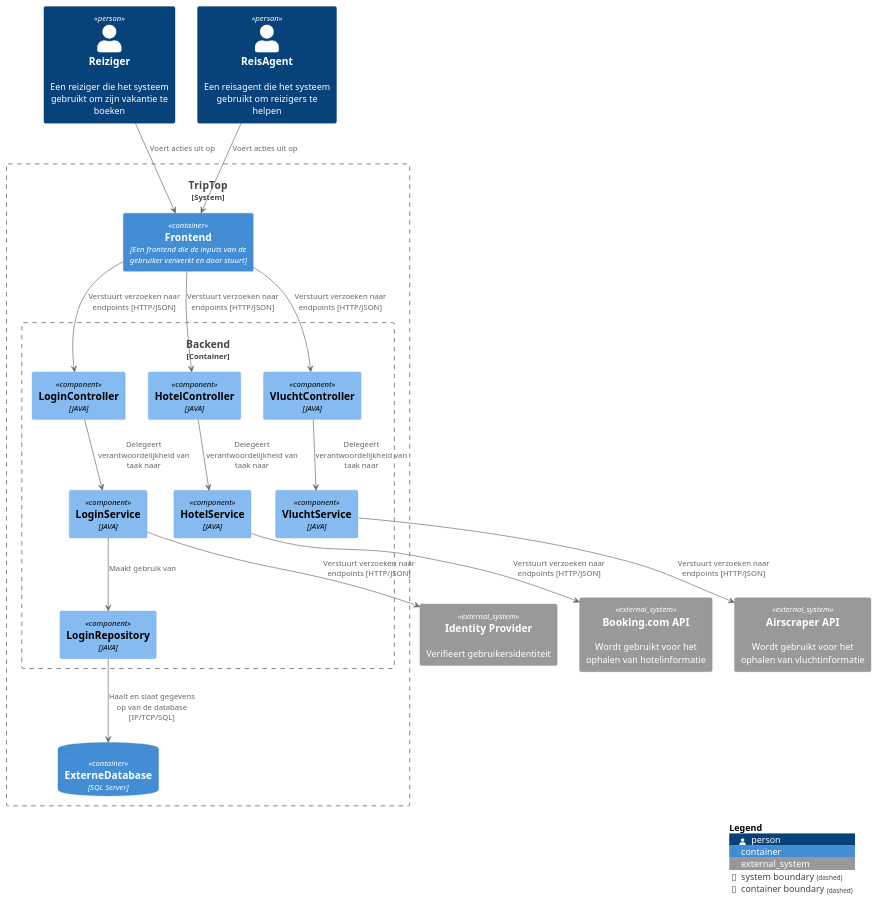
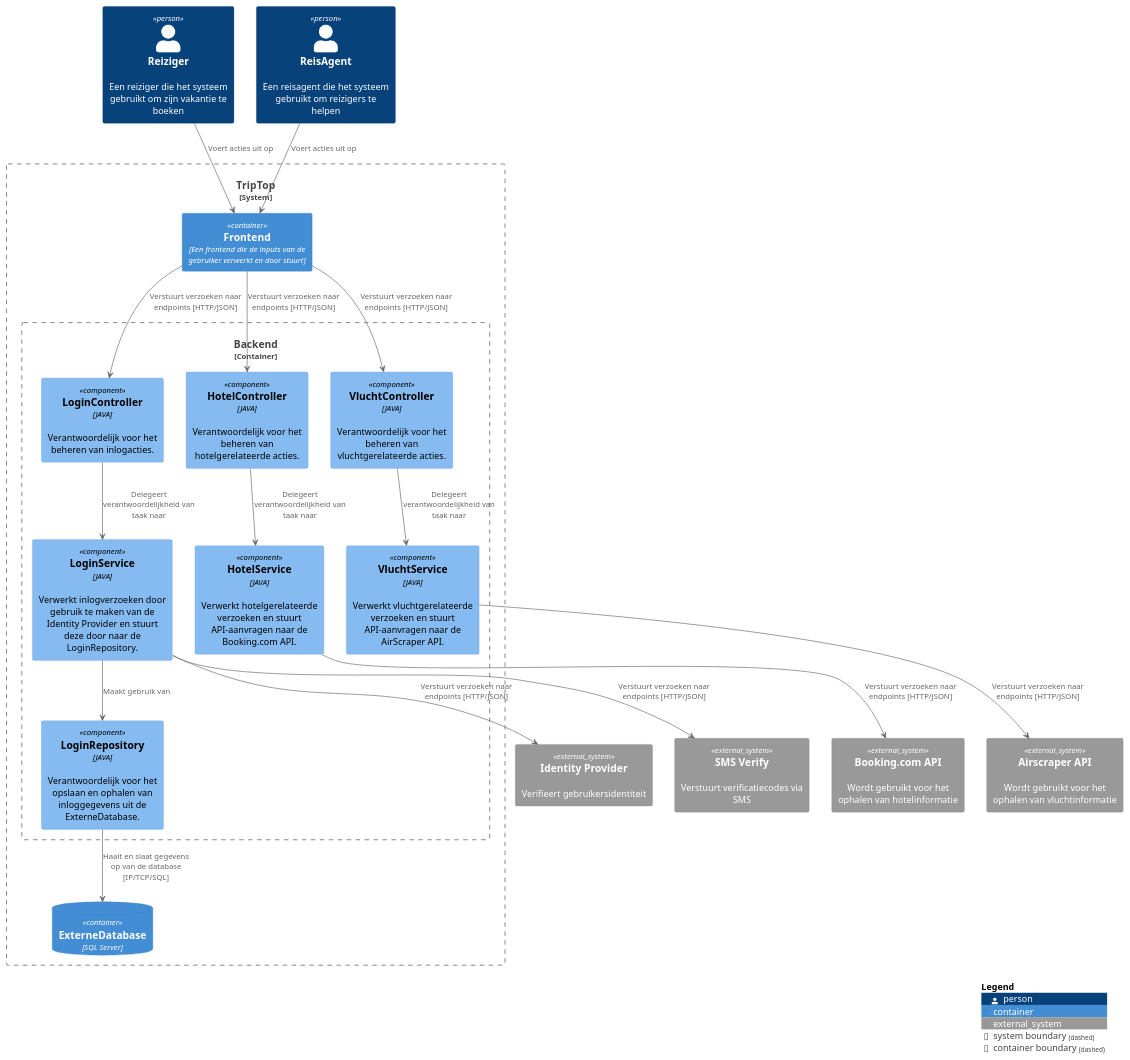
One commit to AIM-ENE-feb25/triptop-groep-b4 changed the diagram in C4_diagrammen/Component-diagram-TripTop-Backend.puml. Above: the diagram before and after it, drawn with PlantUML. The commit also changed 5 other files, not shown here.

Commit message:
Component diagrams + SGB + class diagram

```diff
--- a/C4_diagrammen/Component-diagram-TripTop-Backend.puml
+++ b/C4_diagrammen/Component-diagram-TripTop-Backend.puml
@@ -1,53 +1,55 @@
 @startuml
 !include https://raw.githubusercontent.com/plantuml-stdlib/C4-PlantUML/master/C4_Component.puml
 !include https://raw.githubusercontent.com/plantuml-stdlib/C4-PlantUML/master/C4_Container.puml
 
 
 Person(Reiziger, "Reiziger", "Een reiziger die het systeem gebruikt om zijn vakantie te boeken")
 Person(ReisAgent, "ReisAgent", "Een reisagent die het systeem gebruikt om reizigers te helpen")
 
 System_Boundary(System_Boundary, TripTop){
 Container(Frontend, "Frontend", "Een frontend die de inputs van de gebruiker verwerkt en door stuurt")
 
 Container_Boundary(ContainerBoundary, "Backend") {
 
-Component(LoginController, "LoginController", "JAVA")
-Component(LoginService, "LoginService", "JAVA")
-Component(LoginRepository, "LoginRepository", "JAVA")
+Component(LoginController, "LoginController", "JAVA", "Verantwoordelijk voor het beheren van inlogacties.")
+Component(LoginService, "LoginService", "JAVA", "Verwerkt inlogverzoeken door gebruik te maken van de Identity Provider en stuurt deze door naar de LoginRepository.")
+Component(LoginRepository, "LoginRepository", "JAVA", "Verantwoordelijk voor het opslaan en ophalen van inloggegevens uit de ExterneDatabase.")
 
-Component(HotelController, "HotelController", "JAVA")
-Component(HotelService, "HotelService", "JAVA")
+Component(HotelController, "HotelController", "JAVA", "Verantwoordelijk voor het beheren van hotelgerelateerde acties.")
+Component(HotelService, "HotelService", "JAVA", "Verwerkt hotelgerelateerde verzoeken en stuurt API-aanvragen naar de Booking.com API.")
 
-Component(VluchtController, "VluchtController", "JAVA")
-Component(VluchtService, "VluchtService", "JAVA")
+Component(VluchtController, "VluchtController", "JAVA", "Verantwoordelijk voor het beheren van vluchtgerelateerde acties.")
+Component(VluchtService, "VluchtService", "JAVA", "Verwerkt vluchtgerelateerde verzoeken en stuurt API-aanvragen naar de AirScraper API.")
 
 }
 
 ContainerDb(Externe_Database," ExterneDatabase","SQL Server")
 }
 System_Ext(IdentityProvider, "Identity Provider", "Verifieert gebruikersidentiteit")
+System_Ext(SMSVerify, "SMS Verify", "Verstuurt verificatiecodes via SMS")
 System_Ext(Booking.com, "Booking.com API", "Wordt gebruikt voor het ophalen van hotelinformatie")
 System_Ext(Airscraper, "Airscraper API", "Wordt gebruikt voor het ophalen van vluchtinformatie")
 
 
 Reiziger --> Frontend: "Voert acties uit op"
 ReisAgent --> Frontend: "Voert acties uit op"
 
 
 Frontend --> LoginController: "Verstuurt verzoeken naar endpoints [HTTP/JSON]"
 Frontend --> HotelController: "Verstuurt verzoeken naar endpoints [HTTP/JSON]"
 Frontend --> VluchtController: "Verstuurt verzoeken naar endpoints [HTTP/JSON]"
 
 LoginController --> LoginService: "Delegeert verantwoordelijkheid van taak naar"
 LoginService --> LoginRepository: "Maakt gebruik van"
 LoginRepository --> Externe_Database: "Haalt en slaat gegevens op van de database [IP/TCP/SQL]"
 
 HotelController --> HotelService: "Delegeert verantwoordelijkheid van taak naar"
 VluchtController --> VluchtService: "Delegeert verantwoordelijkheid van taak naar"
 
 LoginService --> IdentityProvider: "Verstuurt verzoeken naar endpoints [HTTP/JSON]"
+LoginService --> SMSVerify: "Verstuurt verzoeken naar endpoints [HTTP/JSON]"
 HotelService --> Booking.com: "Verstuurt verzoeken naar endpoints [HTTP/JSON]"
 VluchtService --> Airscraper: "Verstuurt verzoeken naar endpoints [HTTP/JSON]"
 
 SHOW_LEGEND(TRUE)
 @enduml
```
